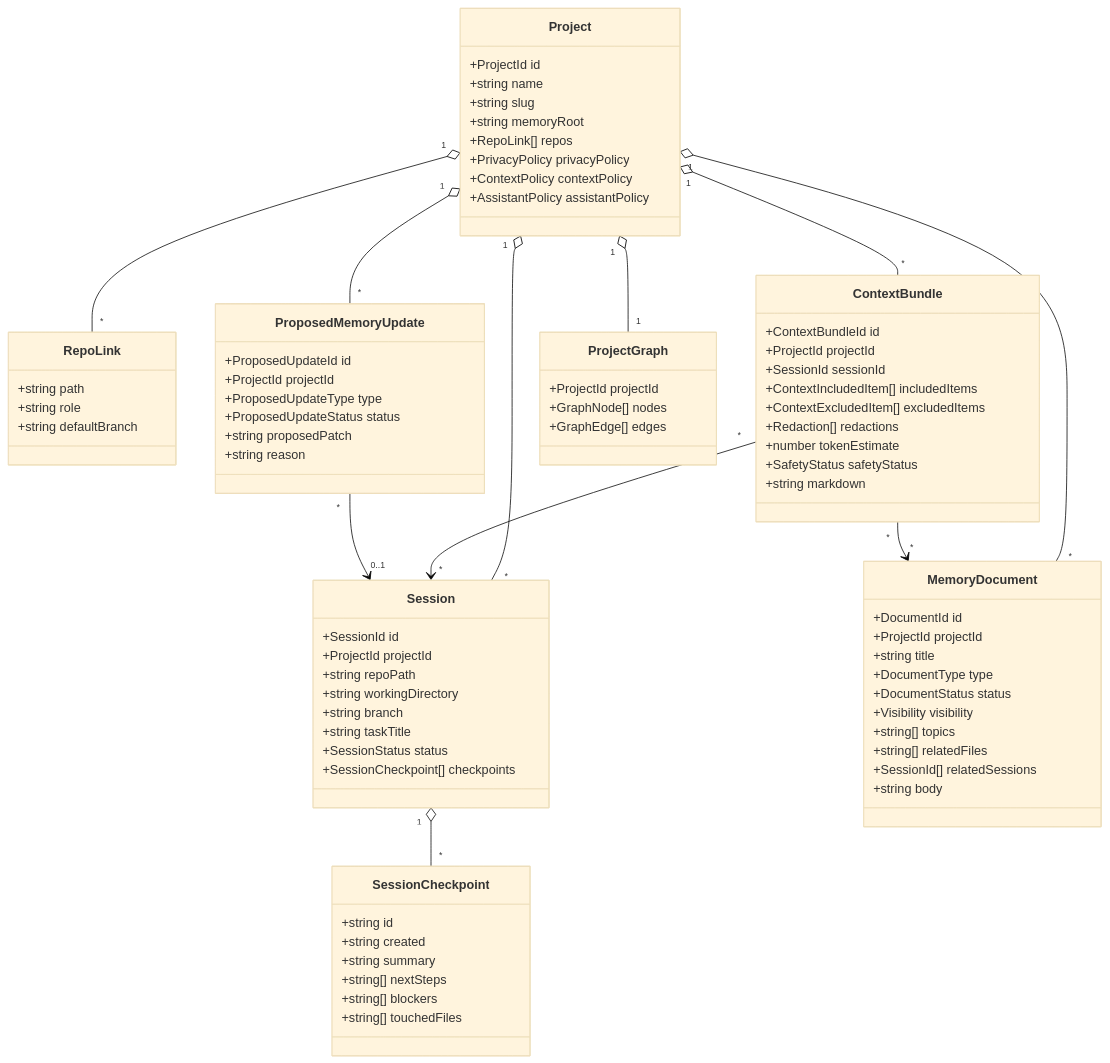
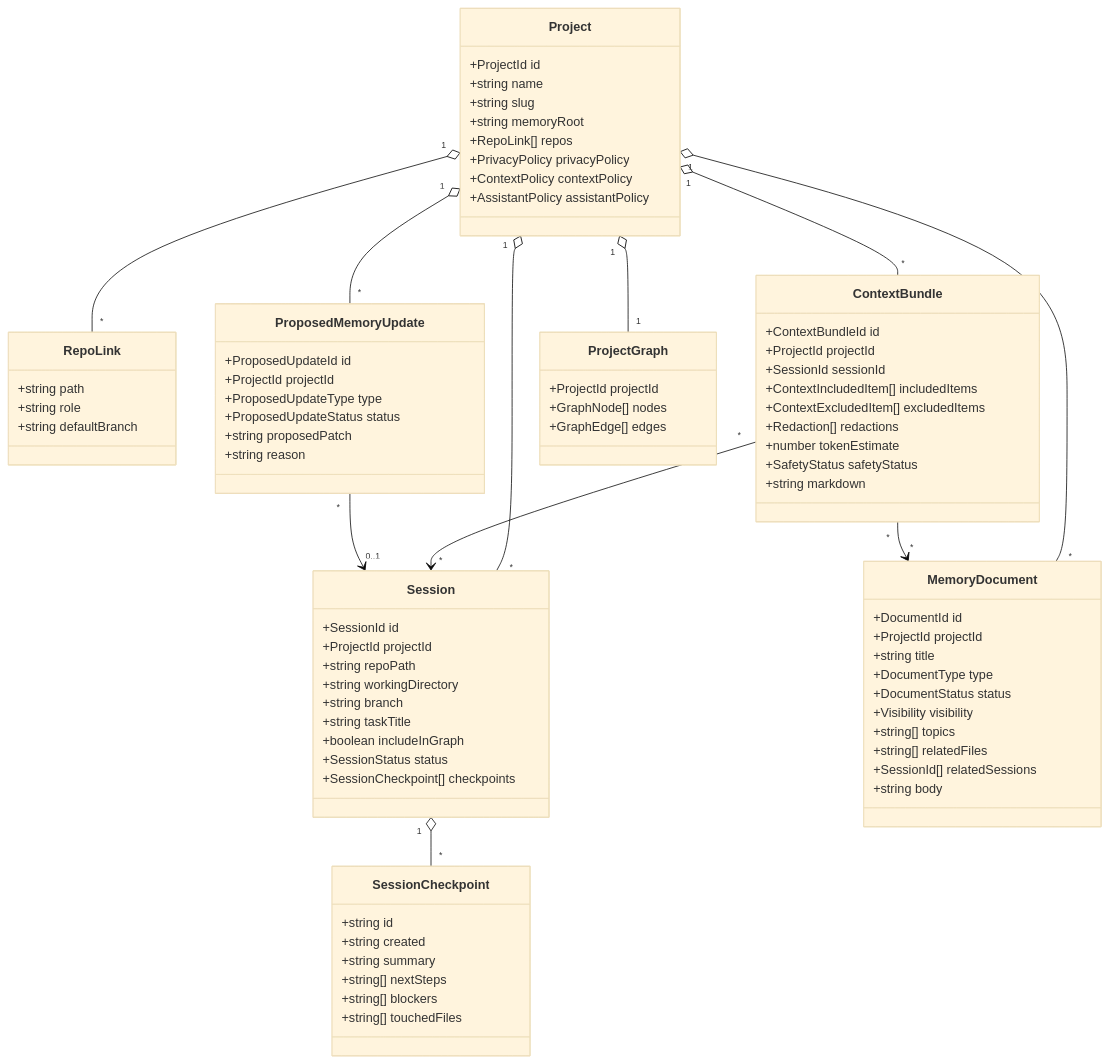
One commit to zharwing/memory changed the fourth of 21 diagrams in docs/DIAGRAMS.md. Above: the diagram before and after it, drawn with Mermaid (base theme). The commit also changed other lines of this file and 28 other files, not shown here.

Commit message:
feat: updated docs and enhanced graph sessions relationship - sessions could be excluded or included to the graph

```diff
--- a/docs/DIAGRAMS.md
+++ b/docs/DIAGRAMS.md
@@ -113,6 +113,7 @@
     +string workingDirectory
     +string branch
     +string taskTitle
+    +boolean includeInGraph
     +SessionStatus status
     +SessionCheckpoint[] checkpoints
   }
```
